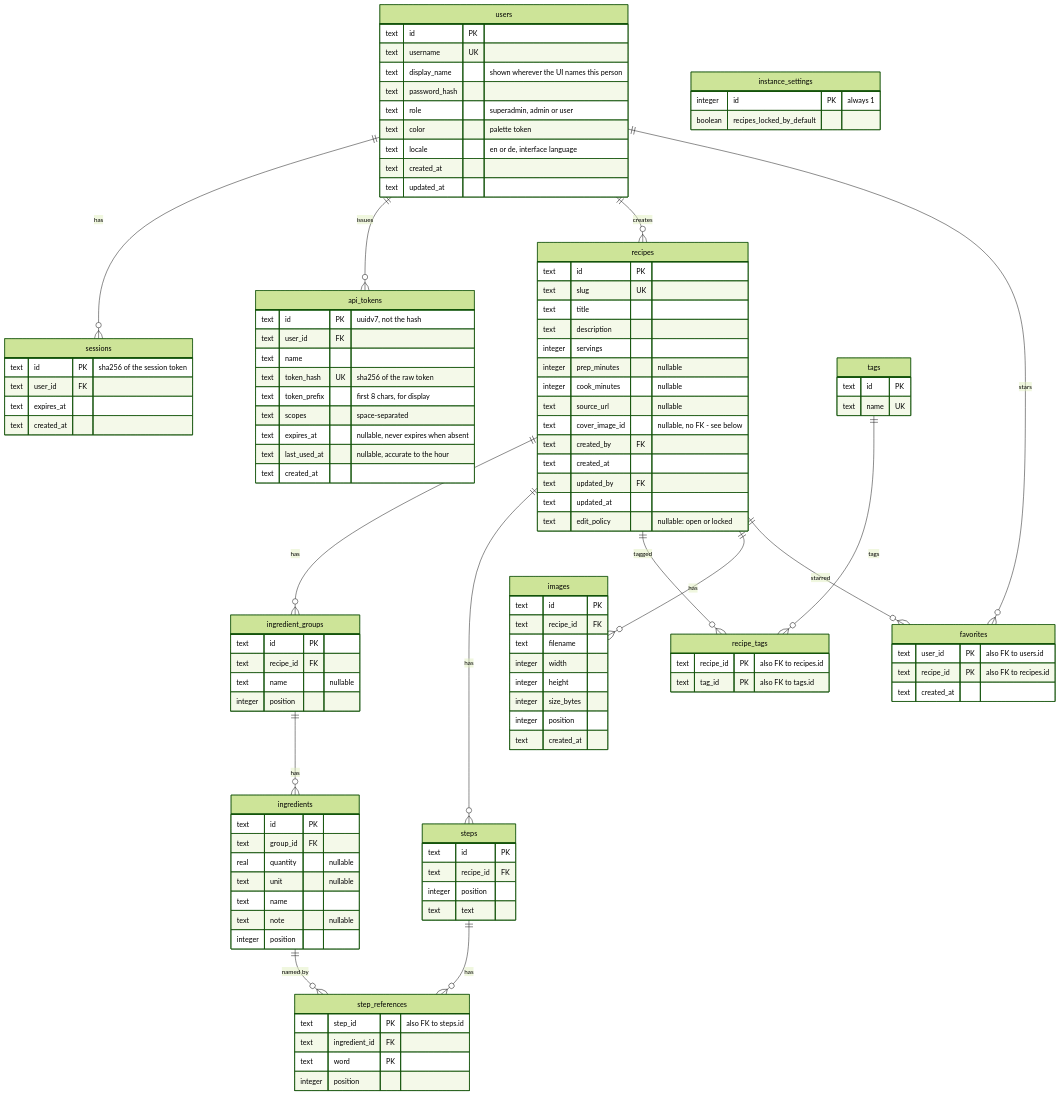
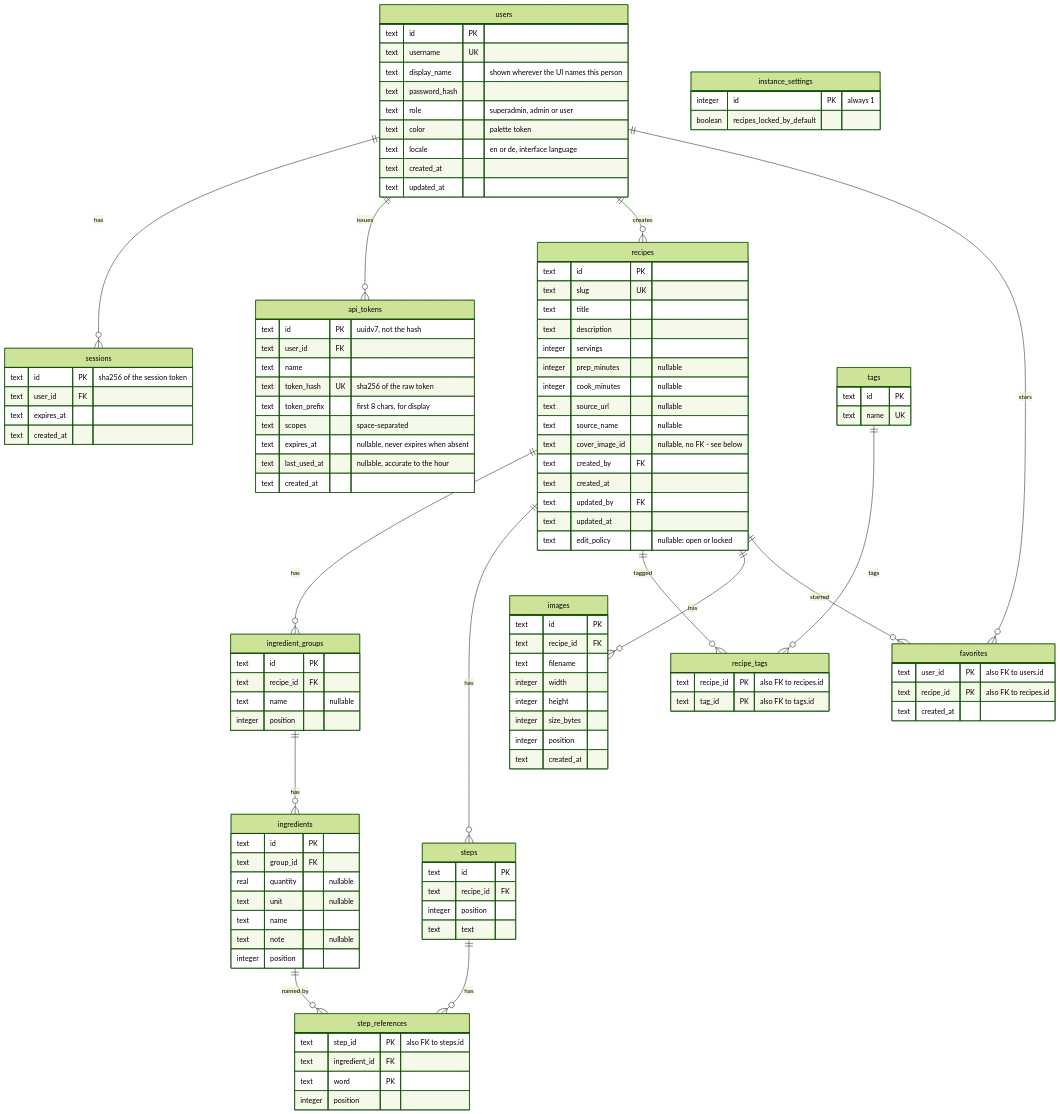
The diagram in docs/memory/content/architecture/data-model.mdx (s-frei/rezepte), drawn with Mermaid (forest theme) before and after one commit. The commit also changed other lines of this file and 12 other files, not shown here.

Commit message:
docs: describe the recipe source name

```diff
--- a/docs/memory/content/architecture/data-model.mdx
+++ b/docs/memory/content/architecture/data-model.mdx
@@ -55,6 +55,7 @@
     integer prep_minutes "nullable"
     integer cook_minutes "nullable"
     text source_url "nullable"
+    text source_name "nullable"
     text cover_image_id "nullable, no FK - see below"
     text created_by FK
     text created_at
```
